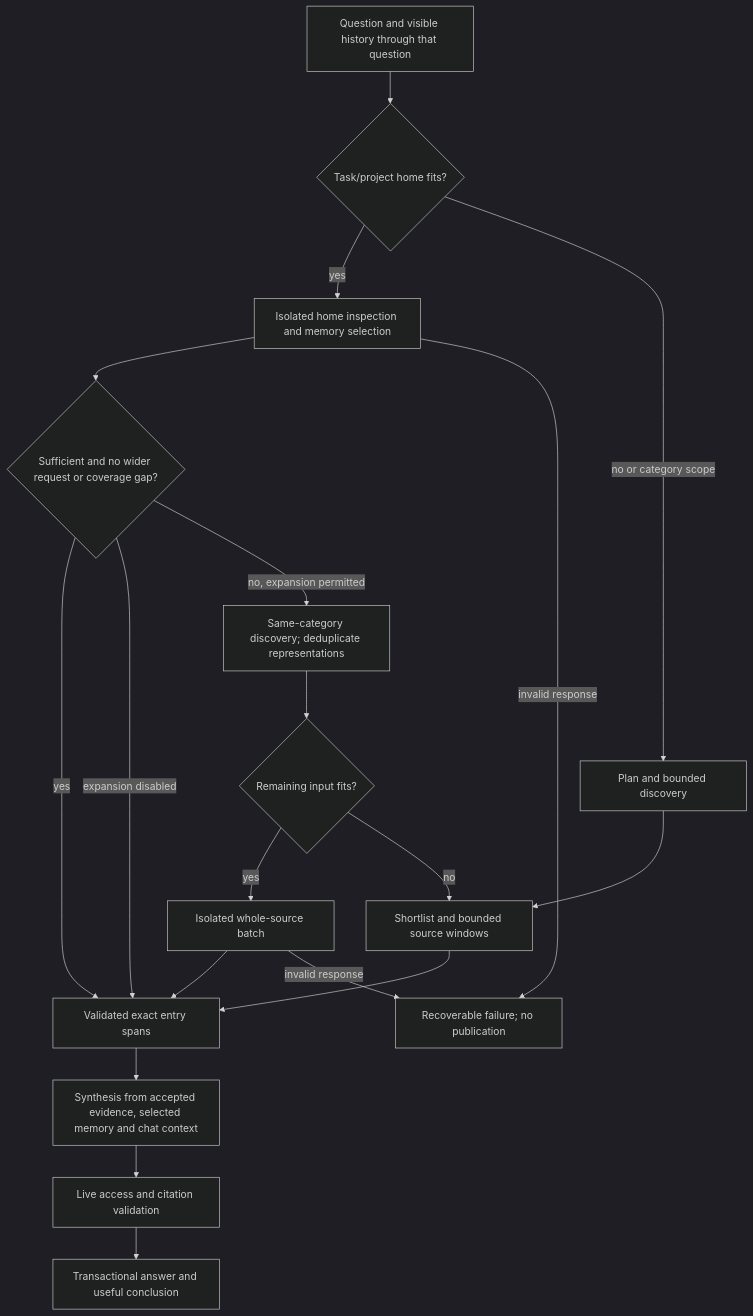
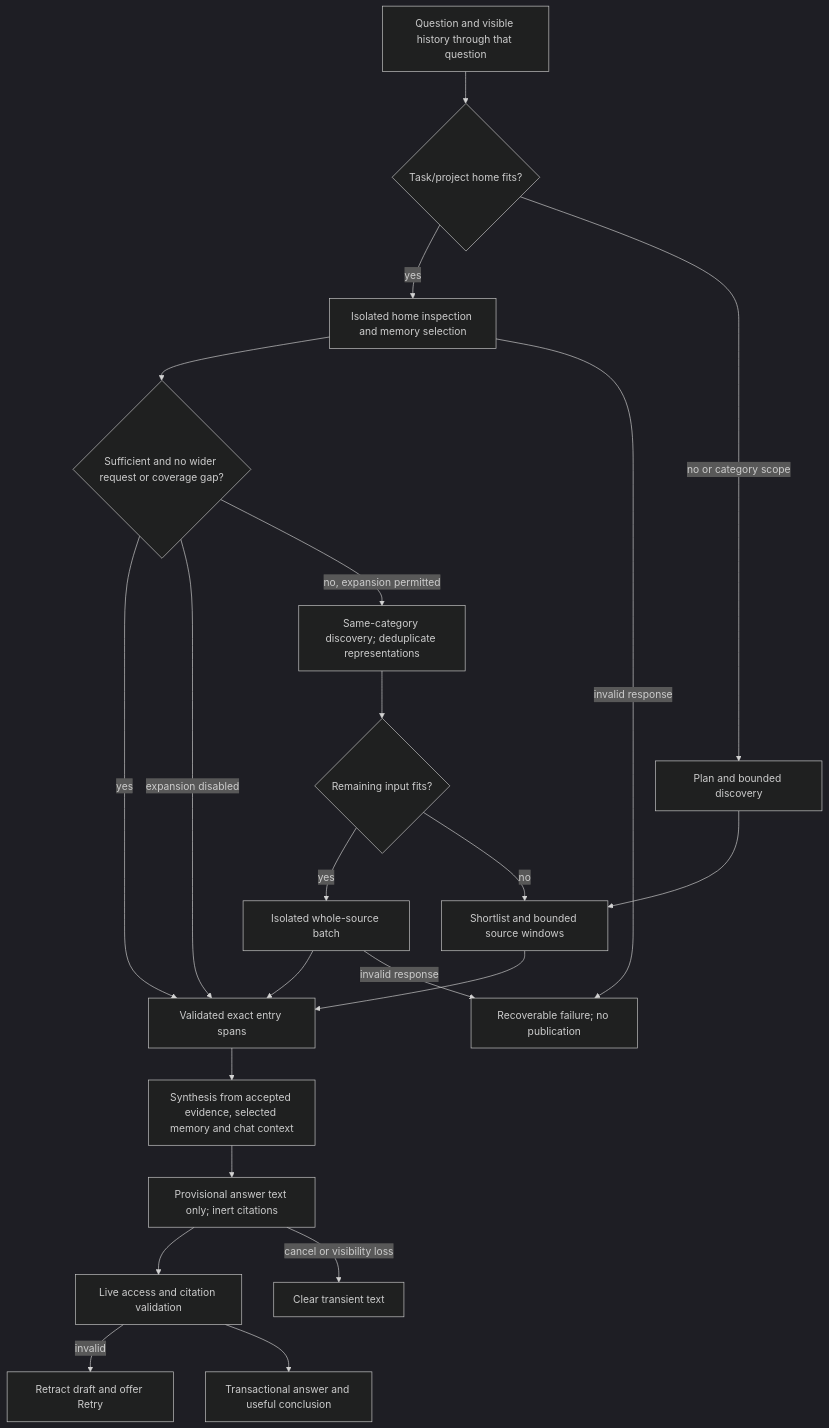
Before and after one commit to matthiasn/lotti: the second of 3 diagrams in knowledge/features/agents/query-chat.md, drawn with Mermaid (dark theme). The commit also changed other lines of this file and 46 other files, not shown here.

Commit message:
feat: stream query answers with provisional validation (#4242)

````diff
--- a/knowledge/features/agents/query-chat.md
+++ b/knowledge/features/agents/query-chat.md
@@ -279,21 +297,24 @@
 ```mermaid
 flowchart TD
   Question["Question and visible history through that question"] --> Fits{"Task/project home fits?"}
   Fits -->|yes| Batch["Isolated home inspection and memory selection"]
   Batch --> Enough{"Sufficient and no wider request or coverage gap?"}
   Enough -->|yes| Evidence["Validated exact entry spans"]
   Enough -->|expansion disabled| Evidence
   Enough -->|no, expansion permitted| Expand["Same-category discovery; deduplicate representations"]
   Expand --> Remaining{"Remaining input fits?"}
   Remaining -->|yes| BatchMore["Isolated whole-source batch"]
   BatchMore --> Evidence
   Remaining -->|no| Windows["Shortlist and bounded source windows"]
   Fits -->|no or category scope| Plan["Plan and bounded discovery"]
   Plan --> Windows
   Windows --> Evidence
   Evidence --> Answer["Synthesis from accepted evidence, selected memory and chat context"]
-  Answer --> Gate["Live access and citation validation"]
+  Answer --> Draft["Provisional answer text only; inert citations"]
+  Draft --> Gate["Live access and citation validation"]
+  Draft -->|cancel or visibility loss| Clear["Clear transient text"]
+  Gate -->|invalid| Retract["Retract draft and offer Retry"]
   Gate --> Commit["Transactional answer and useful conclusion"]
   Batch -->|invalid response| Retry["Recoverable failure; no publication"]
   BatchMore -->|invalid response| Retry
 ```
````
